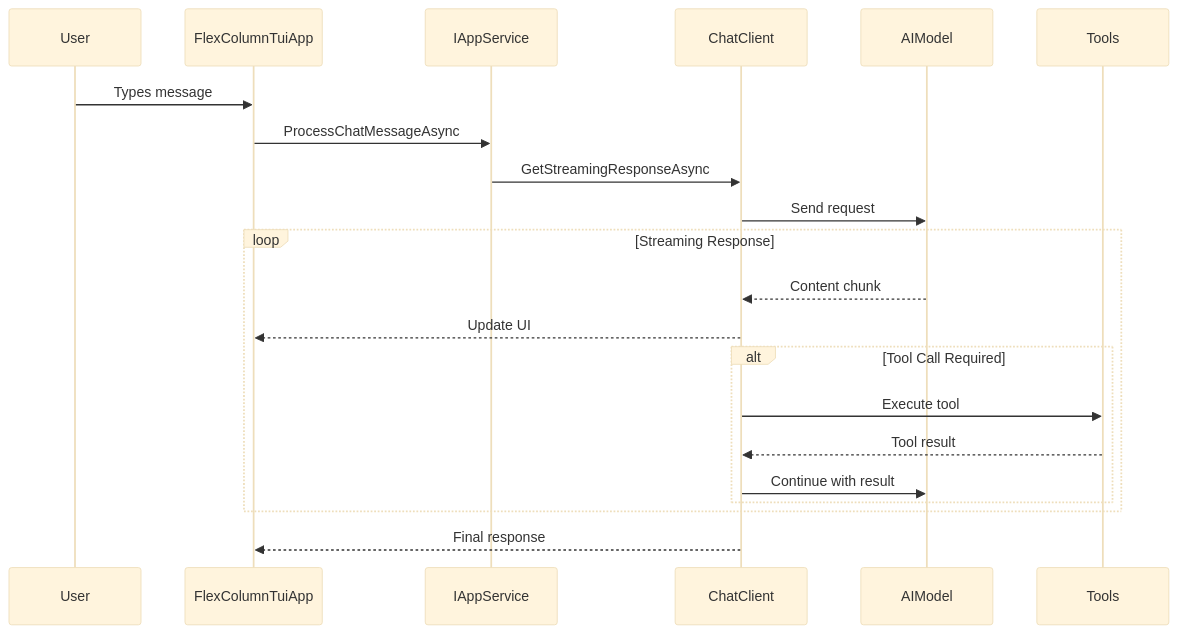
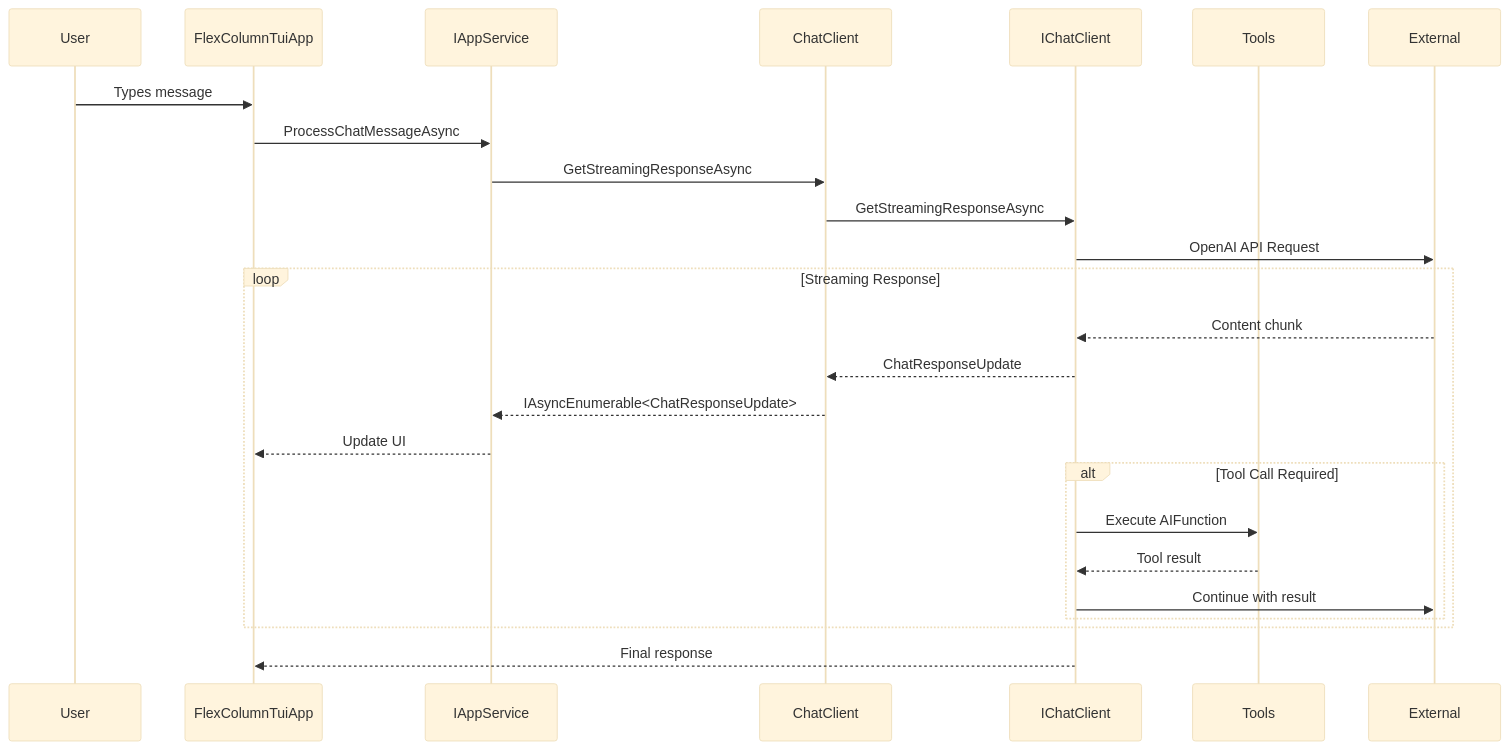
One commit to peakflames/mogzi changed the second of 2 diagrams in docs/process/03_architecture.md. Above: the diagram before and after it, drawn with Mermaid (base theme). The commit also changed other lines of this file and 3 other files, not shown here.

````diff
--- a/docs/process/03_architecture.md
+++ b/docs/process/03_architecture.md
@@ -30,27 +49,30 @@
 ```mermaid
 sequenceDiagram
     participant User
     participant FlexColumnTuiApp
     participant IAppService
     participant ChatClient
-    participant AIModel
+    participant IChatClient
     participant Tools
 
     User->>FlexColumnTuiApp: Types message
     FlexColumnTuiApp->>IAppService: ProcessChatMessageAsync
     IAppService->>ChatClient: GetStreamingResponseAsync
-    ChatClient->>AIModel: Send request
+    ChatClient->>IChatClient: GetStreamingResponseAsync
+    IChatClient->>External: OpenAI API Request
     
     loop Streaming Response
-        AIModel-->>ChatClient: Content chunk
-        ChatClient-->>FlexColumnTuiApp: Update UI
+        External-->>IChatClient: Content chunk
+        IChatClient-->>ChatClient: ChatResponseUpdate
+        ChatClient-->>IAppService: IAsyncEnumerable<ChatResponseUpdate>
+        IAppService-->>FlexColumnTuiApp: Update UI
         
         alt Tool Call Required
-            ChatClient->>Tools: Execute tool
-            Tools-->>ChatClient: Tool result
-            ChatClient->>AIModel: Continue with result
+            IChatClient->>Tools: Execute AIFunction
+            Tools-->>IChatClient: Tool result
+            IChatClient->>External: Continue with result
         end
     end
     
-    ChatClient-->>FlexColumnTuiApp: Final response
+    IChatClient-->>FlexColumnTuiApp: Final response
 ```
````
